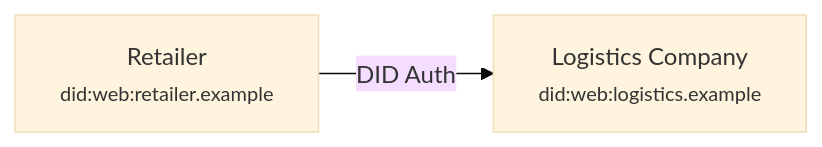
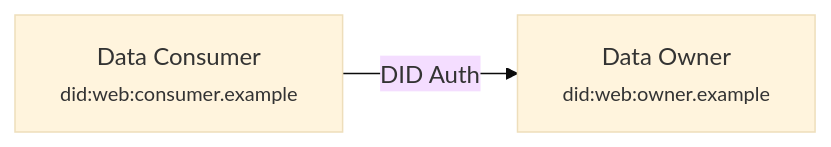
Before and after one commit to kvdmolen/DTIP: the first of 6 diagrams in pages/examples.md, drawn with Mermaid (base theme). The commit also changed other lines of this file and 2 other files, not shown here.

Commit message:
added links and mermaid diagrams

````diff
--- a/pages/examples.md
+++ b/pages/examples.md
@@ -9,6 +9,6 @@
 ```mermaid
 graph LR
-    R["Retailer<br/><small>did:web:retailer.example</small>"]
-    L["Logistics Company<br/><small>did:web:logistics.example</small>"]
-    R -->|"DID Auth"| L
+    DC["Data Consumer<br/><small>did:web:consumer.example</small>"]
+    DO["Data Owner<br/><small>did:web:owner.example</small>"]
+    DC -->|"DID Auth"| DO
 ```
````
